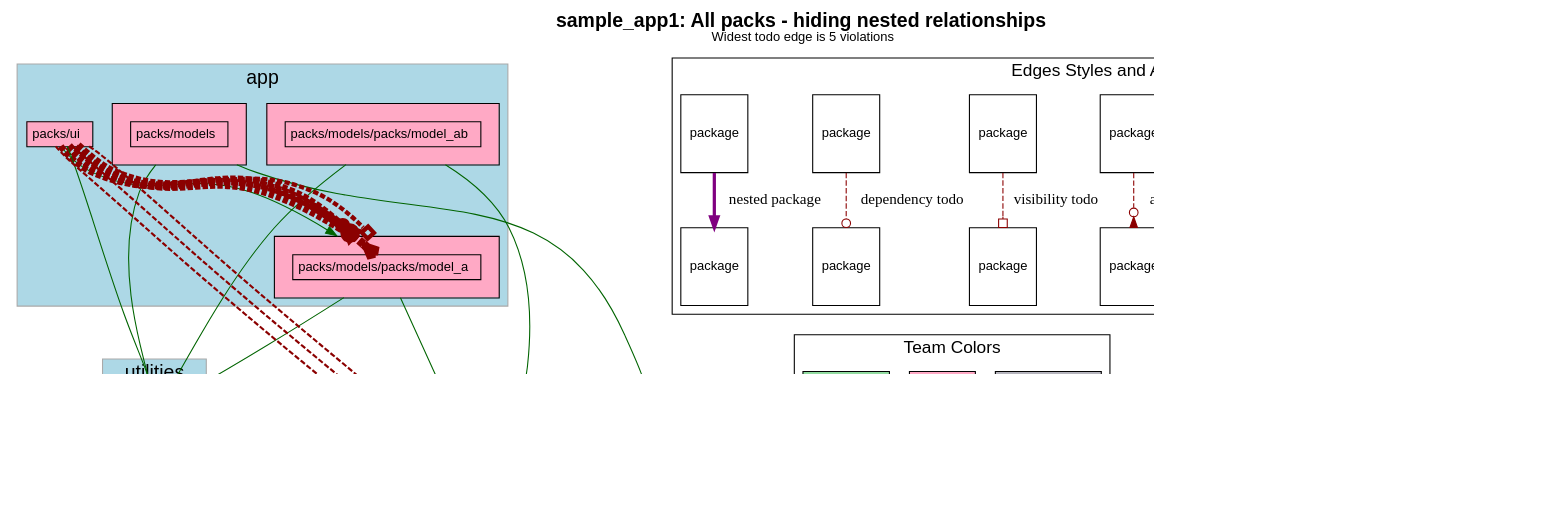
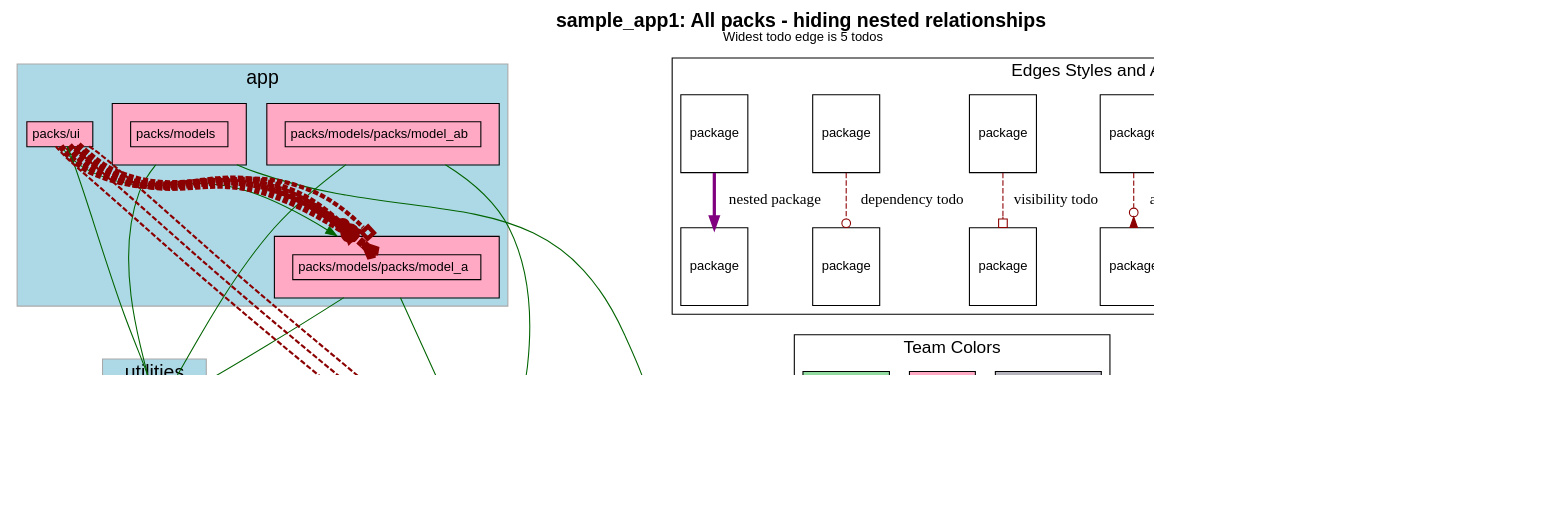
The diagram in spec/sample_app1/test_output/no_nested_relationships.dot (rubyatscale/visualize_packs), drawn with Graphviz before and after one commit. The commit also changed 16 other files, not shown here.

First line of the commit message:
Cleanup usage of todos vs violations (#34)

```diff
--- a/spec/sample_app1/test_output/no_nested_relationships.dot
+++ b/spec/sample_app1/test_output/no_nested_relationships.dot
@@ -5,7 +5,7 @@
     fontname="Helvetica,Arial,sans-serif"
     dpi=100
     layout=dot
-    label=<<b>sample_app1: All packs - hiding nested relationships</b><br/><font point-size='12'>Widest todo edge is 5 violations</font>>
+    label=<<b>sample_app1: All packs - hiding nested relationships</b><br/><font point-size='12'>Widest todo edge is 5 todos</font>>
     fontsize=18
   ]
   node [
```
